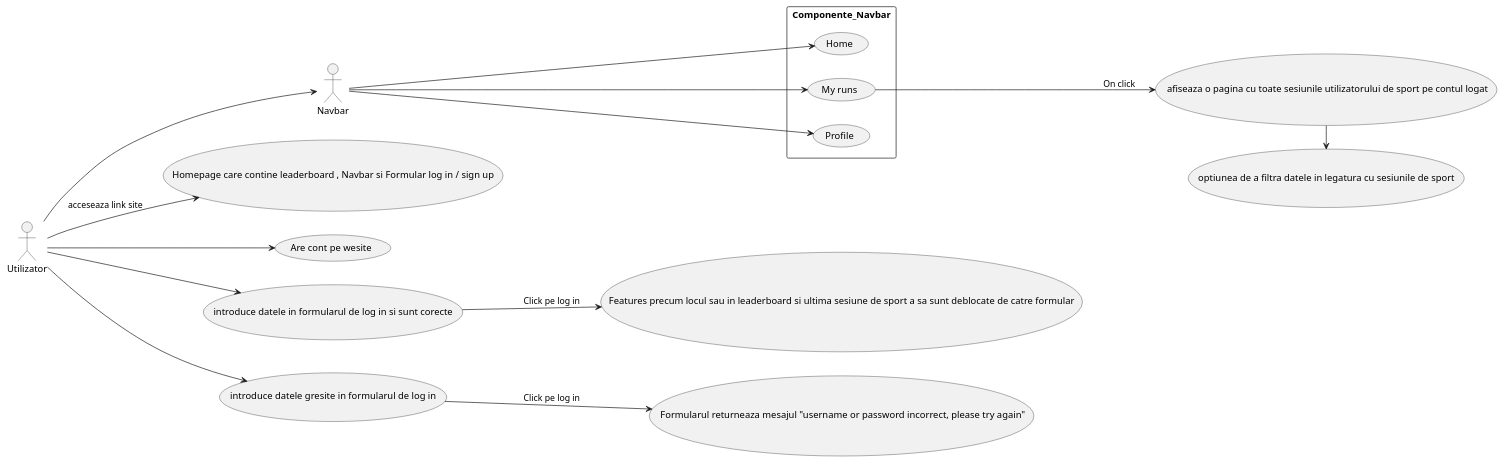
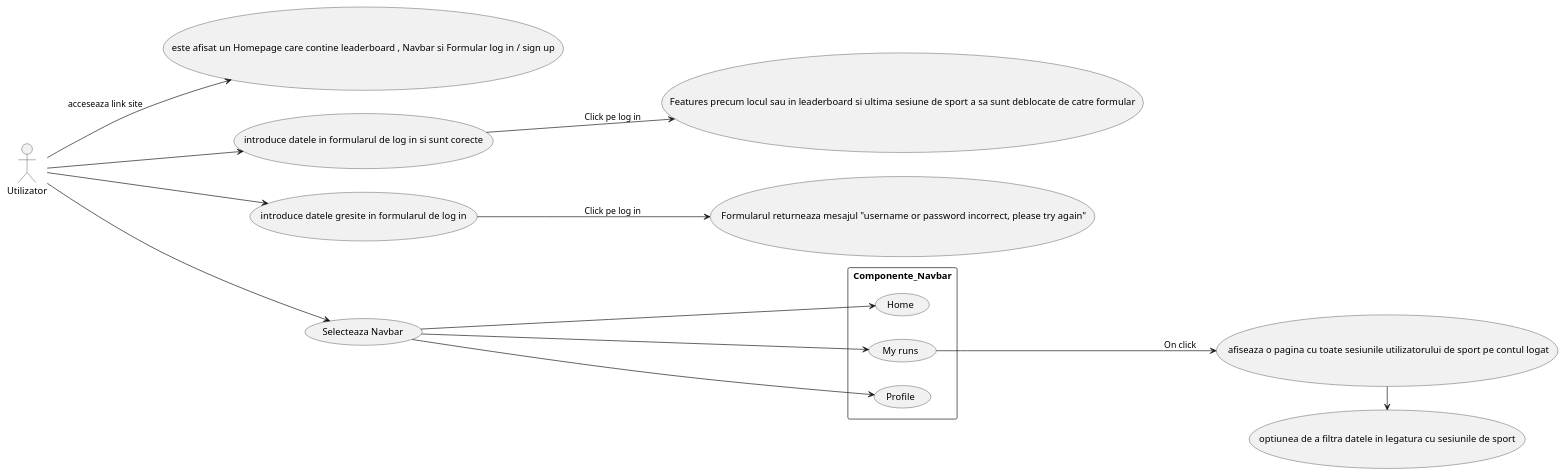
Before and after one commit to kechillosh/req: the diagram in dada.puml, drawn with PlantUML. The commit also changed 1 other file, not shown here.

```diff
--- a/dada.puml
+++ b/dada.puml
@@ -1,26 +1,25 @@
 @startuml
 
-actor Navbar
+'actor Navbar'
 actor Utilizator
 left to right direction
-Utilizator-->  (Homepage care contine leaderboard , Navbar si Formular log in / sign up) :acceseaza link site
-  Utilizator --> (Are cont pe wesite)
+Utilizator-->  (este afisat un Homepage care contine leaderboard , Navbar si Formular log in / sign up) :acceseaza link site
+
  Utilizator --> (introduce datele in formularul de log in si sunt corecte)
  (introduce datele in formularul de log in si sunt corecte)  --> (Features precum locul sau in leaderboard si ultima sesiune de sport a sa sunt deblocate de catre formular) :Click pe log in
 Utilizator --> (introduce datele gresite in formularul de log in)
  (introduce datele gresite in formularul de log in)--> ( Formularul returneaza mesajul "username or password incorrect, please try again") : Click pe log in
 
-Utilizator --> Navbar
-
+Utilizator --> ( Selecteaza Navbar)
 rectangle Componente_Navbar {
   usecase "Home" as UC1
   usecase "My runs" as UC2
   usecase "Profile" as UC3
 }
-Navbar --> UC1
-Navbar --> UC2
-Navbar --> UC3
+( Selecteaza Navbar) --> UC1
+( Selecteaza Navbar) --> UC2
+( Selecteaza Navbar) --> UC3
 
 UC2 -->( afiseaza o pagina cu toate sesiunile utilizatorului de sport pe contul logat) : On click
  ( afiseaza o pagina cu toate sesiunile utilizatorului de sport pe contul logat) -> (optiunea de a filtra datele in legatura cu sesiunile de sport)
 @enduml
```
